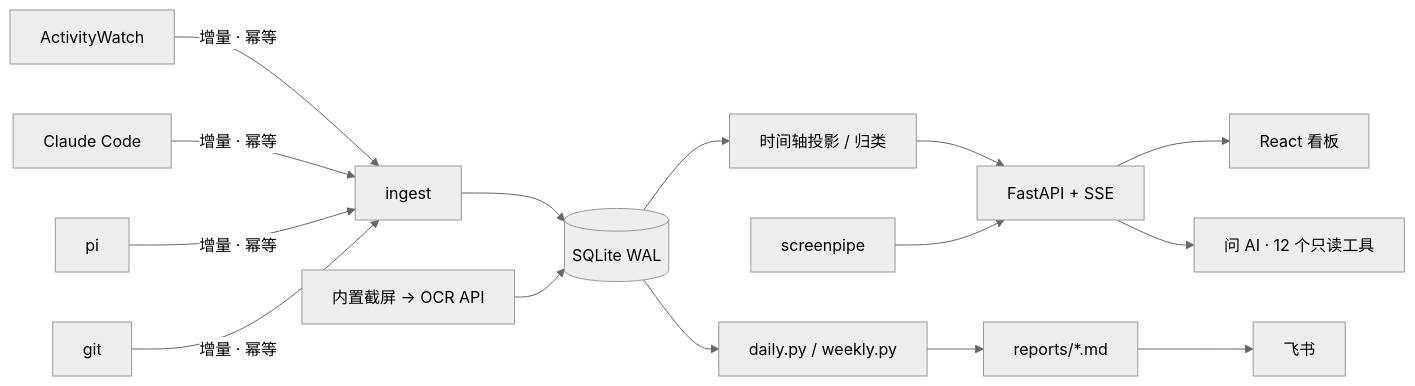
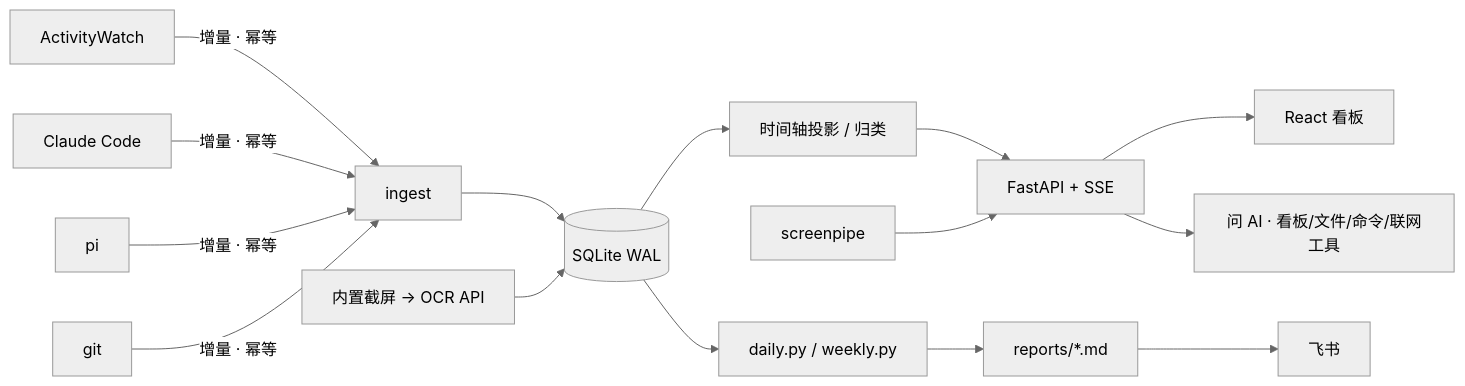
One commit to Teyeray/ai-work-journal changed the diagram in README.zh-CN.md. Above: the diagram before and after it, drawn with Mermaid (neutral theme). The commit also changed other lines of this file and 10 other files, not shown here.

````diff
--- a/README.zh-CN.md
+++ b/README.zh-CN.md
@@ -201,9 +204,9 @@
 ```mermaid
 flowchart LR
   AW[ActivityWatch] & CC[Claude Code] & PI[pi] & GIT[git] -->|增量 · 幂等| ING[ingest] --> DB[(SQLite WAL)]
   CAP[内置截屏 → OCR API] --> DB
   DB --> TL[时间轴投影 / 归类] --> API[FastAPI + SSE] --> UI[React 看板]
   SP[screenpipe] --> API
-  API --> CHAT[问 AI · 12 个只读工具]
+  API --> CHAT[问 AI · 看板/文件/命令/联网工具]
   DB --> REP[daily.py / weekly.py] --> MD[reports/*.md] --> FS[飞书]
 ```
````
